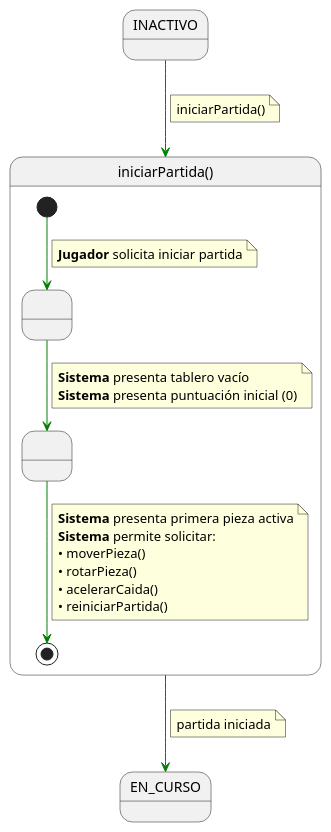
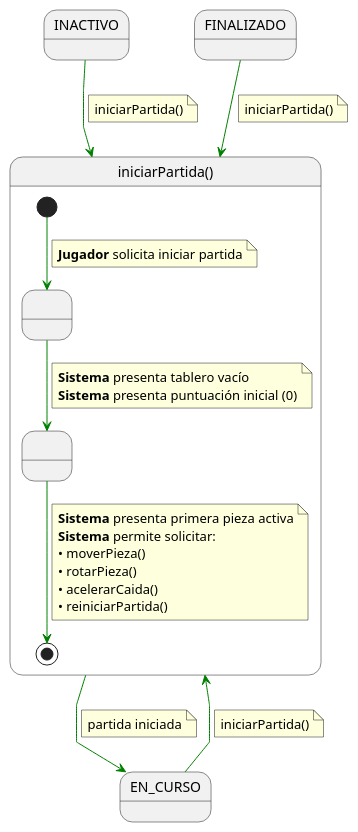
Before and after one commit to puntoReflex/pyTetris: the diagram in modelosUML/detalleCasosUso/iniciarPartida.puml, drawn with PlantUML. The commit also changed 8 other files, not shown here.

Commit message:
feat: finishing refactoring new uml

```diff
--- a/modelosUML/detalleCasosUso/iniciarPartida.puml
+++ b/modelosUML/detalleCasosUso/iniciarPartida.puml
@@ -1,42 +1,50 @@
 @startuml iniciarPartida
 
 skinparam linetype polyline
  
   INACTIVO -[#green]-> iniciarPartida
+  note on link
+  iniciarPartida()
+  end note
+  EN_CURSO -[#green]-> iniciarPartida
+  note on link
+  iniciarPartida()
+  end note
+  FINALIZADO -[#green]-> iniciarPartida
   note on link
   iniciarPartida()
   end note
 
 state iniciarPartida as "iniciarPartida()" {
 
     state " " as InicializandoJuego
     state " " as PresentandoTablero
 
     [*] -[#green]-> InicializandoJuego
     note on link
     <b>Jugador</b> solicita iniciar partida
     end note
 
     InicializandoJuego -[#green]-> PresentandoTablero
     note on link
     <b>Sistema</b> presenta tablero vacío
     <b>Sistema</b> presenta puntuación inicial (0)
     end note
 
     PresentandoTablero -[#green]-> [*]
     note on link
     <b>Sistema</b> presenta primera pieza activa
     <b>Sistema</b> permite solicitar:
     • moverPieza()
     • rotarPieza()
     • acelerarCaida()
     • reiniciarPartida()
     end note
 }
 
 iniciarPartida -[#green]-> EN_CURSO
 note on link
 partida iniciada
 end note
 
 @enduml
```
